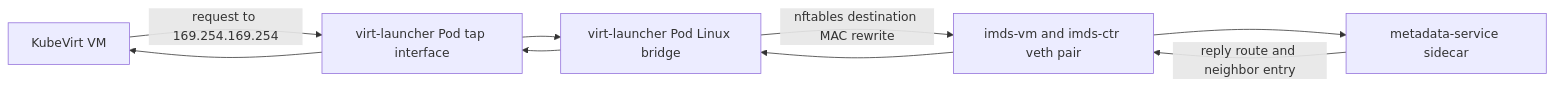
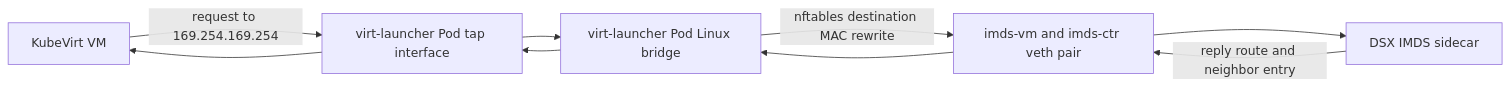
The diagram in cmd/dsx-imds-network-setup/README.md (dsx-ai-factory/nvidia-workload-identity), drawn with Mermaid before and after one commit. The commit also changed other lines of this file and 93 other files, not shown here.

````diff
--- a/cmd/dsx-imds-network-setup/README.md
+++ b/cmd/dsx-imds-network-setup/README.md
@@ -18,11 +18,11 @@
 ```mermaid
 flowchart LR
     VM["KubeVirt VM"] -->|"request to 169.254.169.254"| Tap["virt-launcher Pod tap interface"]
     Tap --> Bridge["virt-launcher Pod Linux bridge"]
     Bridge -->|"nftables destination MAC rewrite"| Veth["imds-vm and imds-ctr veth pair"]
-    Veth --> Metadata["metadata-service sidecar"]
+    Veth --> Metadata["DSX IMDS sidecar"]
     Metadata -->|"reply route and neighbor entry"| Veth
     Veth --> Bridge
     Bridge --> Tap
     Tap --> VM
 ```
````
